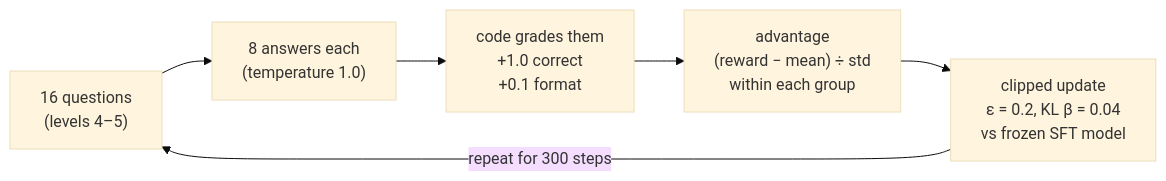
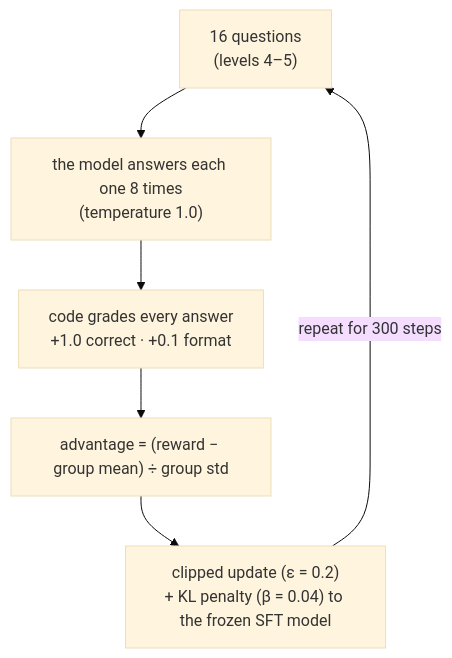
Before and after one commit to RishitheB0T/tiny-reasoner: the third of 5 diagrams in README.md, drawn with Mermaid (base theme).

Commit message:
Stack the GRPO loop diagram vertically in the README

````diff
--- a/README.md
+++ b/README.md
@@ -359,8 +359,8 @@
 ```mermaid
-flowchart LR
-    q["16 questions<br/>(levels 4–5)"] --> s["8 answers each<br/>(temperature 1.0)"]
-    s --> r["code grades them<br/>+1.0 correct<br/>+0.1 format"]
-    r --> a["advantage<br/>(reward − mean) ÷ std<br/>within each group"]
-    a --> u["clipped update<br/>ε = 0.2, KL β = 0.04<br/>vs frozen SFT model"]
+flowchart TB
+    q["16 questions<br/>(levels 4–5)"] --> s["the model answers each one 8 times<br/>(temperature 1.0)"]
+    s --> r["code grades every answer<br/>+1.0 correct · +0.1 format"]
+    r --> a["advantage = (reward − group mean) ÷ group std"]
+    a --> u["clipped update (ε = 0.2)<br/>+ KL penalty (β = 0.04) to the frozen SFT model"]
     u -- "repeat for 300 steps" --> q
 ```
````
